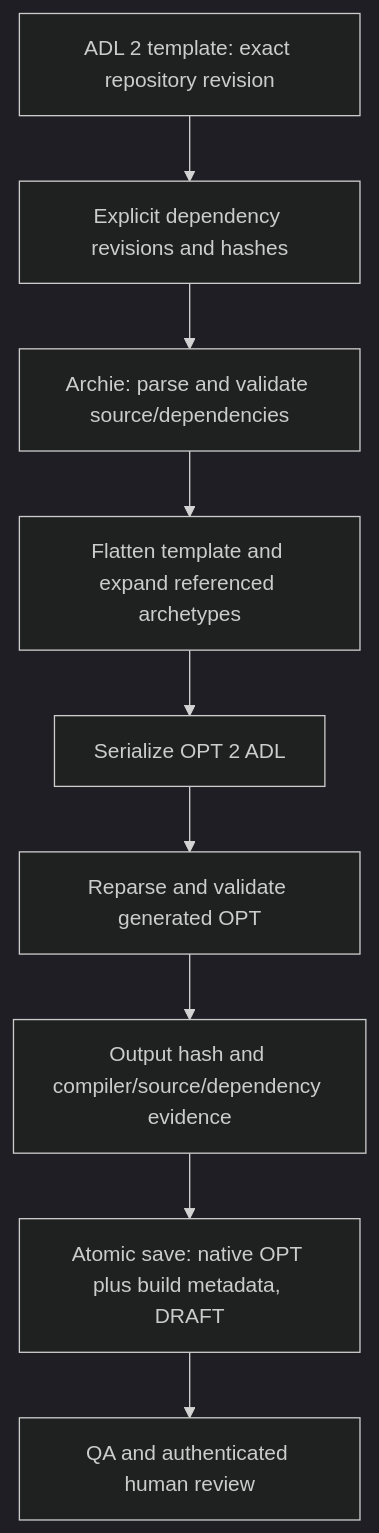
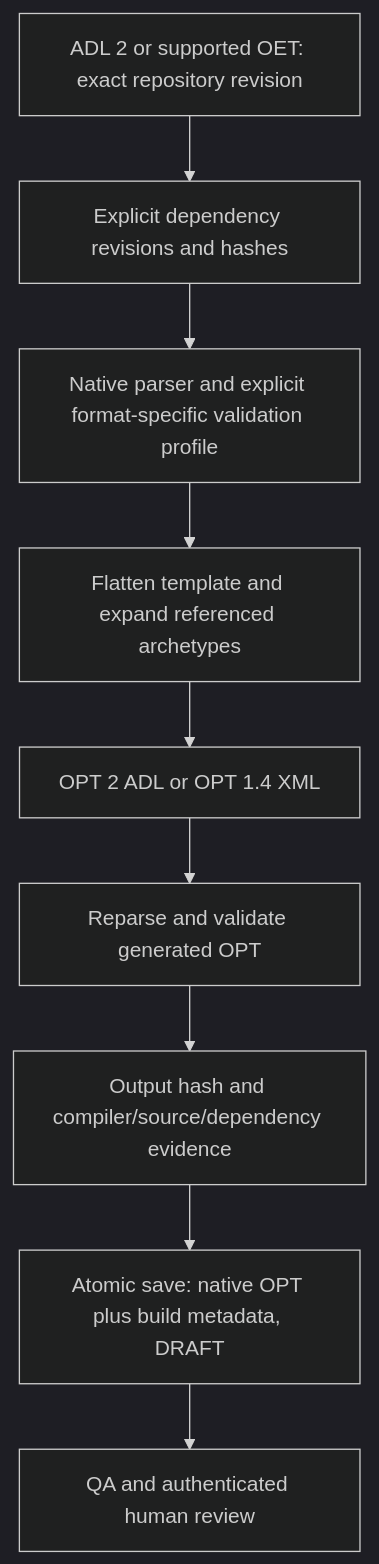
One commit to CzarMich/openehr-modelling-assistant changed the diagram in docs/OPT_COMPILATION.md. Above: the diagram before and after it, drawn with Mermaid (dark theme). The commit also changed other lines of this file and 69 other files, not shown here.

Commit message:
feat(engine): compile supported legacy OET into OPT 1.4

````diff
--- a/docs/OPT_COMPILATION.md
+++ b/docs/OPT_COMPILATION.md
@@ -21,11 +21,11 @@
 ```mermaid
 flowchart TD
-    Source[ADL 2 template: exact repository revision] --> Inputs[Explicit dependency revisions and hashes]
-    Inputs --> Native[Archie: parse and validate source/dependencies]
+    Source[ADL 2 or supported OET: exact repository revision] --> Inputs[Explicit dependency revisions and hashes]
+    Inputs --> Native[Native parser and explicit format-specific validation profile]
     Native --> Compile[Flatten template and expand referenced archetypes]
-    Compile --> Serialize[Serialize OPT 2 ADL]
+    Compile --> Serialize[OPT 2 ADL or OPT 1.4 XML]
     Serialize --> Check[Reparse and validate generated OPT]
     Check --> Hash[Output hash and compiler/source/dependency evidence]
     Hash --> Save[Atomic save: native OPT plus build metadata, DRAFT]
     Save --> Review[QA and authenticated human review]
 ```
````
